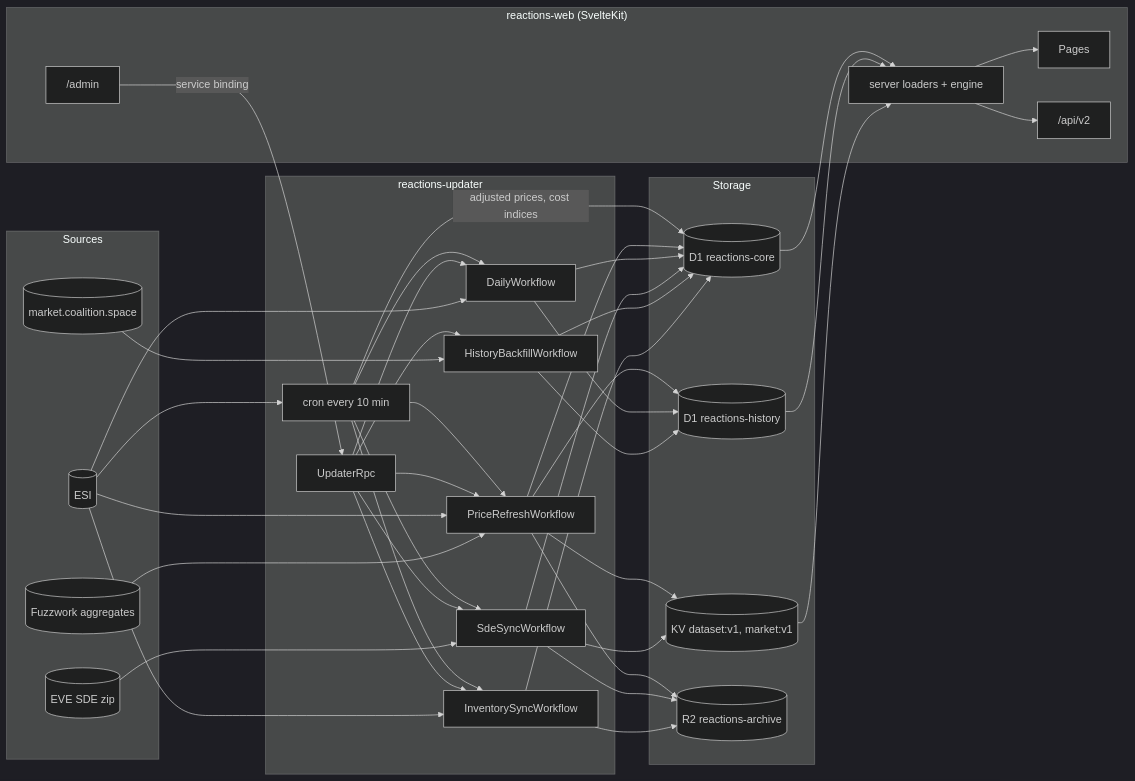
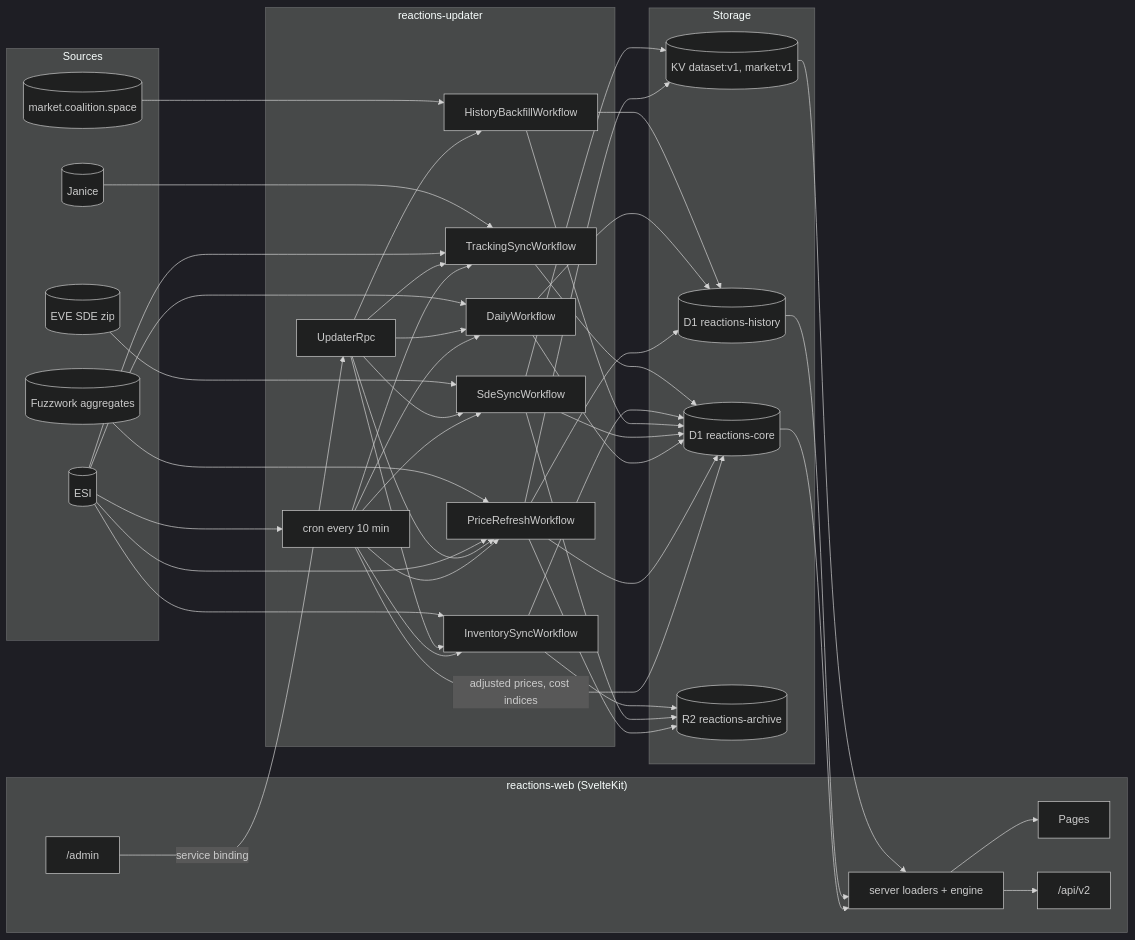
One commit to zmiguel/Eve-Reactions-Calculator changed the diagram in docs/architecture.md. Above: the diagram before and after it, drawn with Mermaid (dark theme). The commit also changed other lines of this file and 327 other files, not shown here.

````diff
--- a/docs/architecture.md
+++ b/docs/architecture.md
@@ -12,45 +12,49 @@
 ```mermaid
 flowchart LR
   subgraph Sources
     ESI[(ESI)]
     FW[(Fuzzwork aggregates)]
     SDE[(EVE SDE zip)]
     MIRROR[(market.coalition.space)]
+    JANICE[(Janice)]
   end
   subgraph Updater["reactions-updater"]
     CRON["cron every 10 min"]
     PR[PriceRefreshWorkflow]
     DW[DailyWorkflow]
     SW[SdeSyncWorkflow]
     HB[HistoryBackfillWorkflow]
     IS[InventorySyncWorkflow]
+    TS[TrackingSyncWorkflow]
     RPC[UpdaterRpc]
   end
   subgraph Storage
     CORE[("D1 reactions-core")]
     HIST[("D1 reactions-history")]
     KV[("KV dataset:v1, market:v1")]
     R2[("R2 reactions-archive")]
   end
   subgraph Web["reactions-web (SvelteKit)"]
     LOAD["server loaders + engine"]
     PAGES[Pages]
     API["/api/v2"]
     ADMIN["/admin"]
   end
-  CRON --> PR & DW & SW & IS
+  CRON --> PR & DW & SW & IS & TS
   CRON -->|adjusted prices, cost indices| CORE
-  RPC --> PR & DW & SW & HB & IS
-  ESI --> CRON & PR & DW & IS
+  RPC --> PR & DW & SW & HB & IS & TS
+  ESI --> CRON & PR & DW & IS & TS
   FW --> PR
   SDE --> SW
   MIRROR --> HB
+  JANICE --> TS
   PR --> CORE & HIST & KV & R2
   DW --> CORE & HIST
   SW --> CORE & KV & R2
   HB --> CORE & HIST
   IS --> CORE & R2
+  TS --> CORE
   CORE & HIST & KV --> LOAD
   LOAD --> PAGES & API
   ADMIN -->|service binding| RPC
 ```
````
